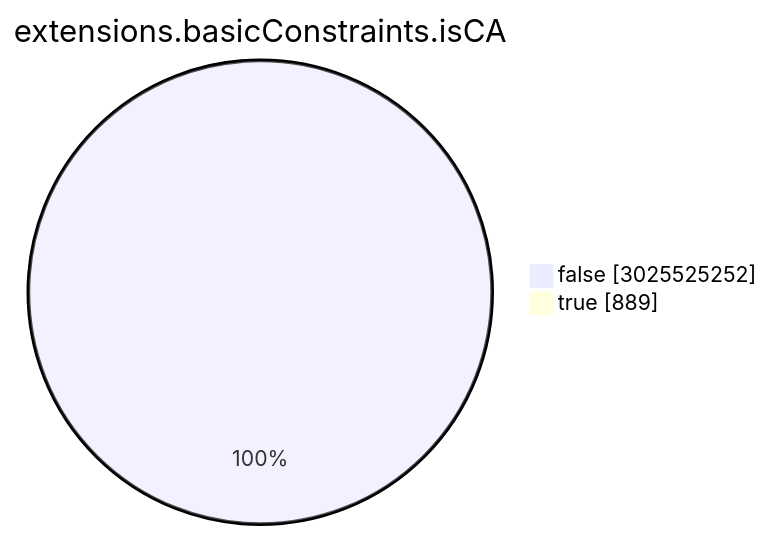
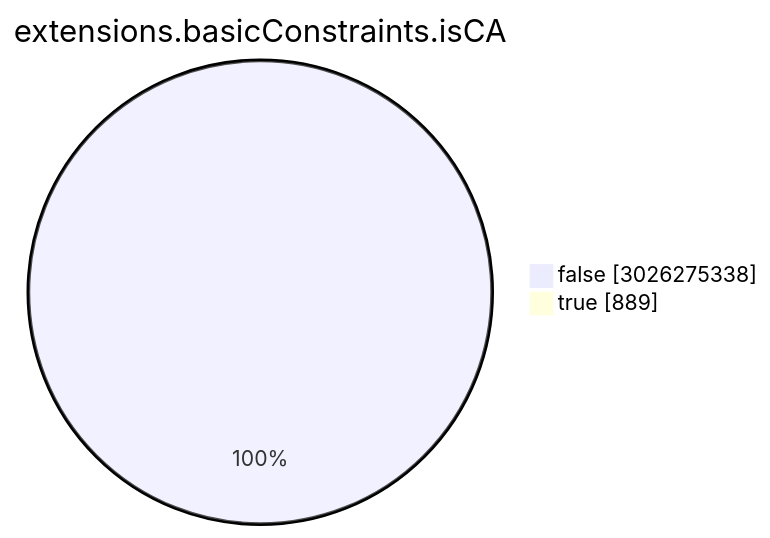
The seventh of 15 diagrams in TOTAL/README.md (christiankrug/ctmonitor_visualization), drawn with Mermaid before and after one commit. The commit also changed other lines of this file, not shown here.

````diff
--- a/TOTAL/README.md
+++ b/TOTAL/README.md
@@ -3086,6 +3086,6 @@
 ```mermaid
 pie showData
 title extensions.basicConstraints.isCA
-"false" :3025525252
+"false" :3026275338
 "true" :889
 ```
````
